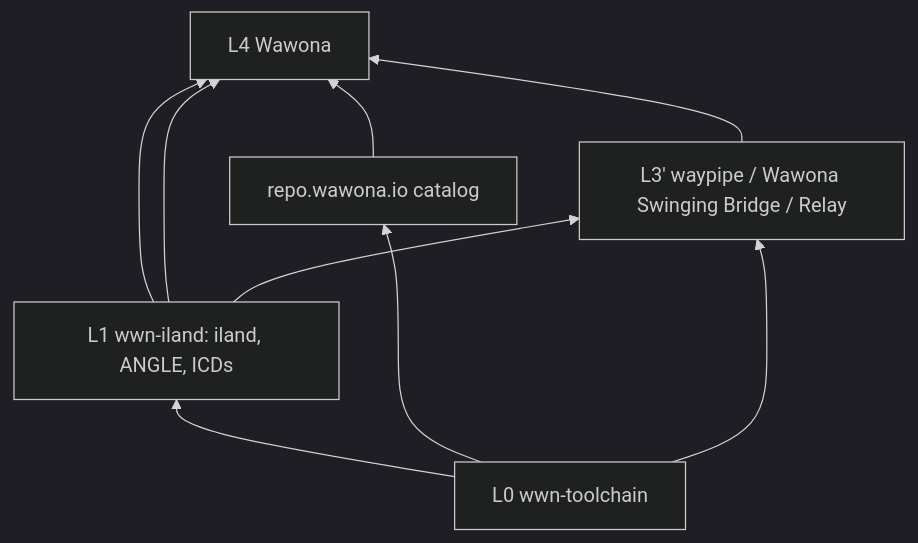
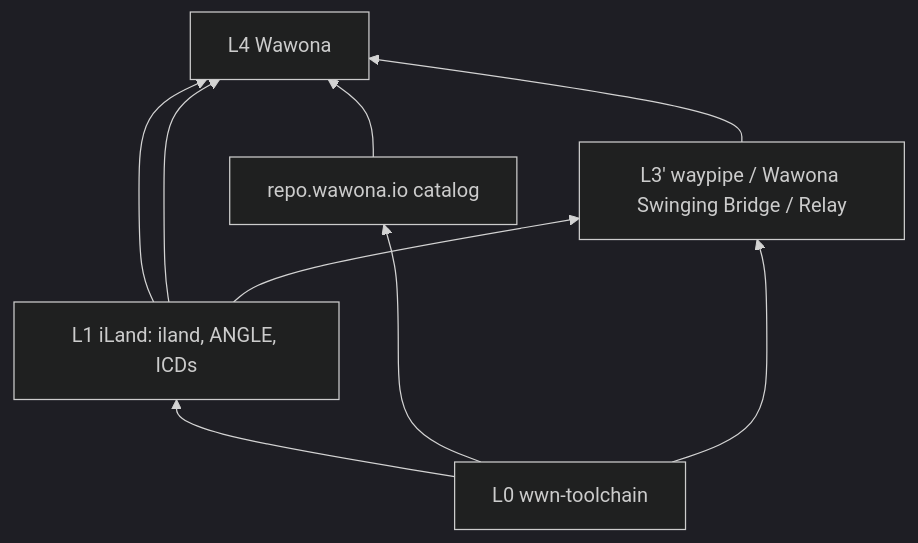
One commit to Wawona/Wawona changed the diagram in docs/wwn-repo-dag.md. Above: the diagram before and after it, drawn with Mermaid (dark theme). The commit also changed other lines of this file and 62 other files, not shown here.

First line of the commit message:
refactor: rename wwn-iland flake input to iland (repo Wawona/iLand)

````diff
--- a/docs/wwn-repo-dag.md
+++ b/docs/wwn-repo-dag.md
@@ -33,13 +33,13 @@
 ```mermaid
 flowchart BT
   tc[L0 wwn-toolchain]
-  il[L1 wwn-iland: iland, ANGLE, ICDs]
+  il[L1 iLand: iland, ANGLE, ICDs]
   cat[repo.wawona.io catalog]
   wp[L3' waypipe / Wawona Swinging Bridge / Relay]
   wa[L4 Wawona]
   tc --> il --> wa
   tc --> cat --> wa
   tc --> wp --> wa
   il --> wa
   il --> wp
 ```
````
